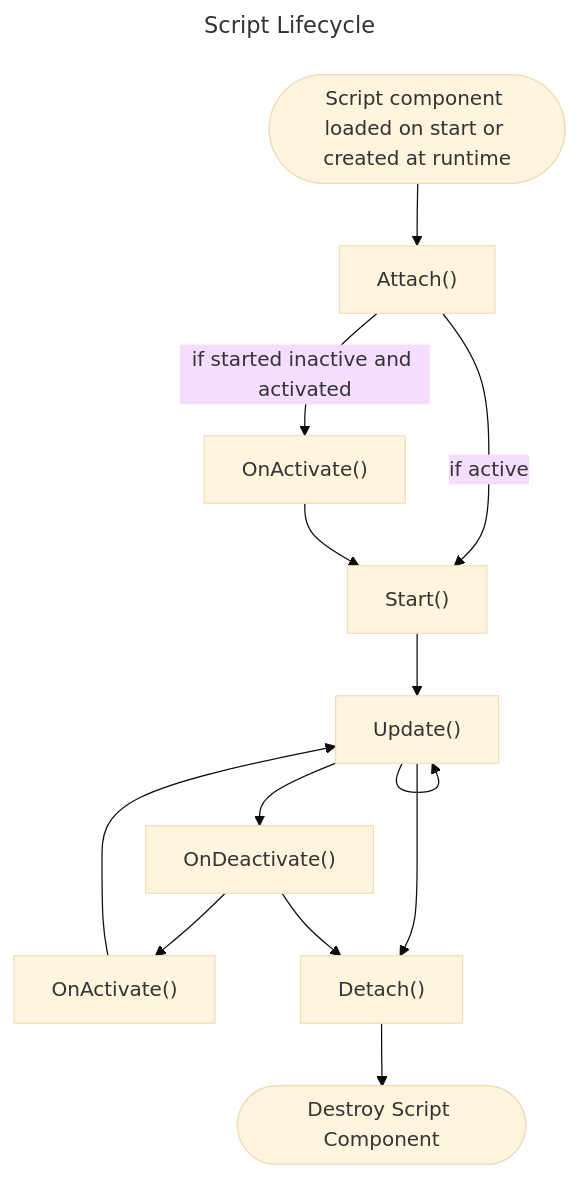
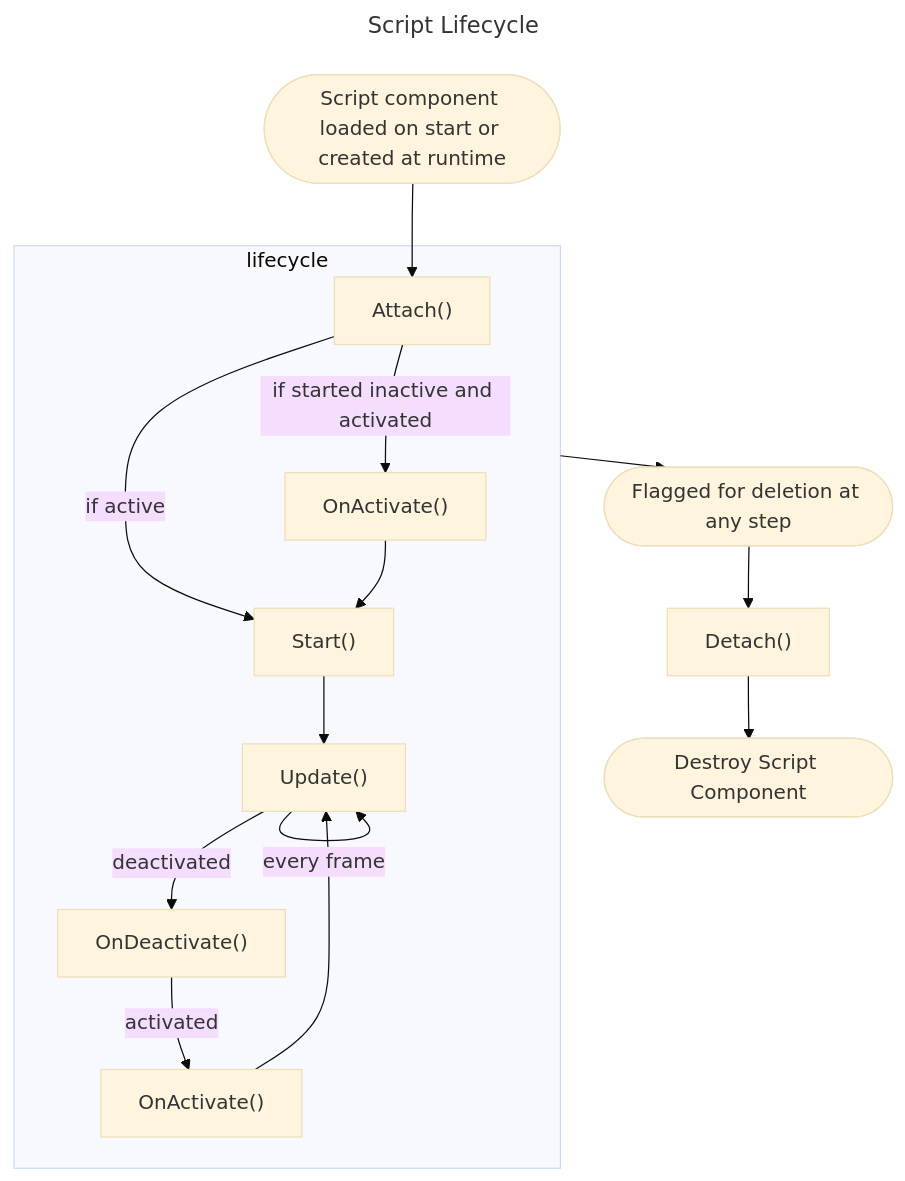
Before and after one commit to Tukyo/atomontage-docs: the diagram in docs/api/scriptInstance.mdx, drawn with Mermaid (base theme). The commit also changed other lines of this file and 3 other files, not shown here.

````diff
--- a/docs/api/scriptInstance.mdx
+++ b/docs/api/scriptInstance.mdx
@@ -35,23 +35,27 @@
 ```mermaid
 ---
 title: Script Lifecycle
 ---
 graph TD;
     C([Script component loaded on start or created at runtime])-->A
+    
+subgraph lifecycle
     A["Attach()"]-- if active -->S;
     A["Attach()"]-- if started inactive and activated -->OA2;
     S["Start()"]-->U;
 
+    OA2["OnActivate()"]-->S;
 
     OA["OnActivate()"]-->U;
-    OA2["OnActivate()"]-->S;
 
-    U["Update()"]-->U;
-    U["Update()"]-->OD;
-    U["Update()"]-->D;
+    U["Update()"]--every frame-->U;
+    U["Update()"]--deactivated-->OD;
 
-    OD["OnDeactivate()"]-->D;
-    OD["OnDeactivate()"]-->OA;
+    OD["OnDeactivate()"]--activated-->OA;
+end
+
+    lifecycle-->DEL;
+    DEL([Flagged for deletion at any step])-->D
 
     D["Detach()"] --> *([Destroy Script Component]);
 ```
````
